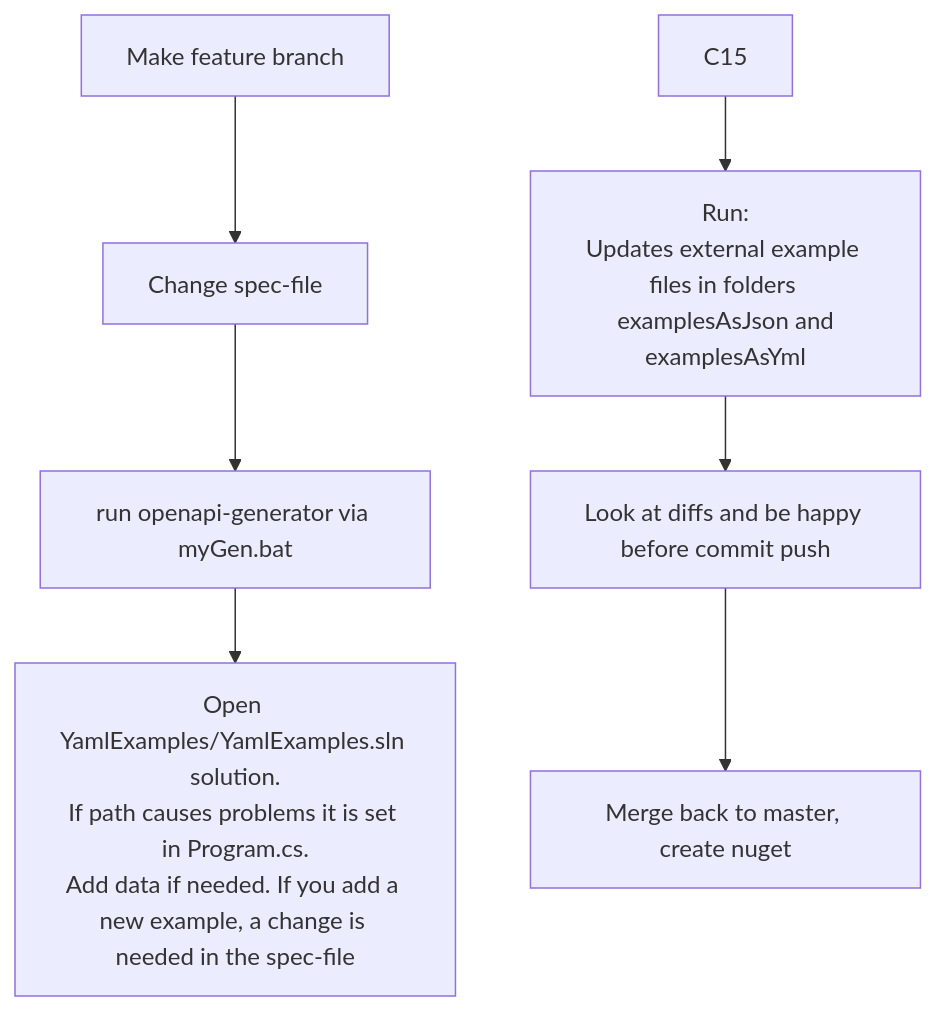
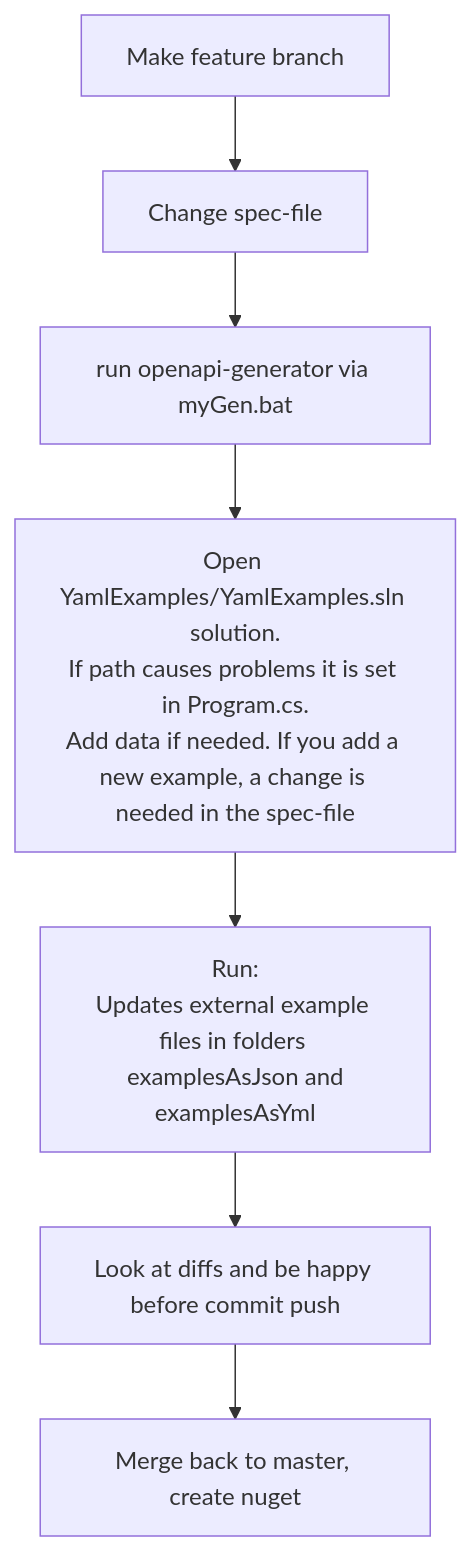
One commit to PxTools/PxApiSpecs changed the diagram in generator/Readme.md. Above: the diagram before and after it, drawn with Mermaid.

````diff
--- a/generator/Readme.md
+++ b/generator/Readme.md
@@ -3,13 +3,13 @@
 ```mermaid      
  graph TD;
       A0[Make feature branch]-->A
       A[Change spec-file]-->B[run openapi-generator via myGen.bat];
-      B-->C5[Open YamlExamples/YamlExamples.sln solution.<br>If path causes problems it is set in Program.cs.<br>Add data if needed. If you add a new example, a change is needed in the spec-file];
+      B-->C15[Open YamlExamples/YamlExamples.sln solution.<br>If path causes problems it is set in Program.cs.<br>Add data if needed. If you add a new example, a change is needed in the spec-file];
     
       
       C15-->D[Run:<br>Updates external example files in folders <br> examplesAsJson and examplesAsYml];
 
       D-->D20[Look at diffs and be happy before commit push ];
       D20-->F[Merge back to master, create nuget];
       
 ```
````
